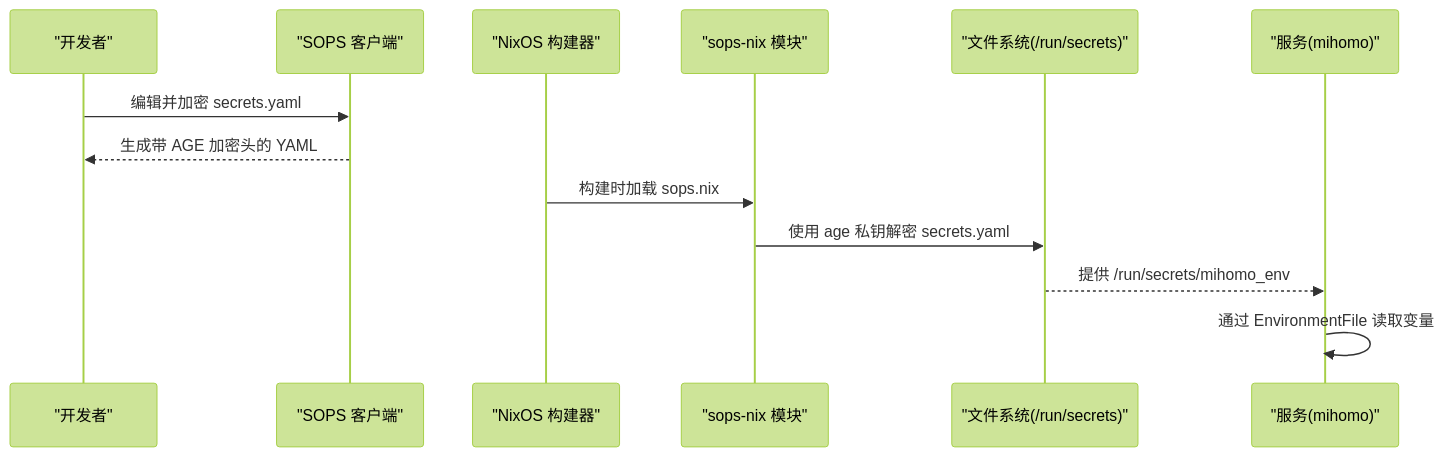
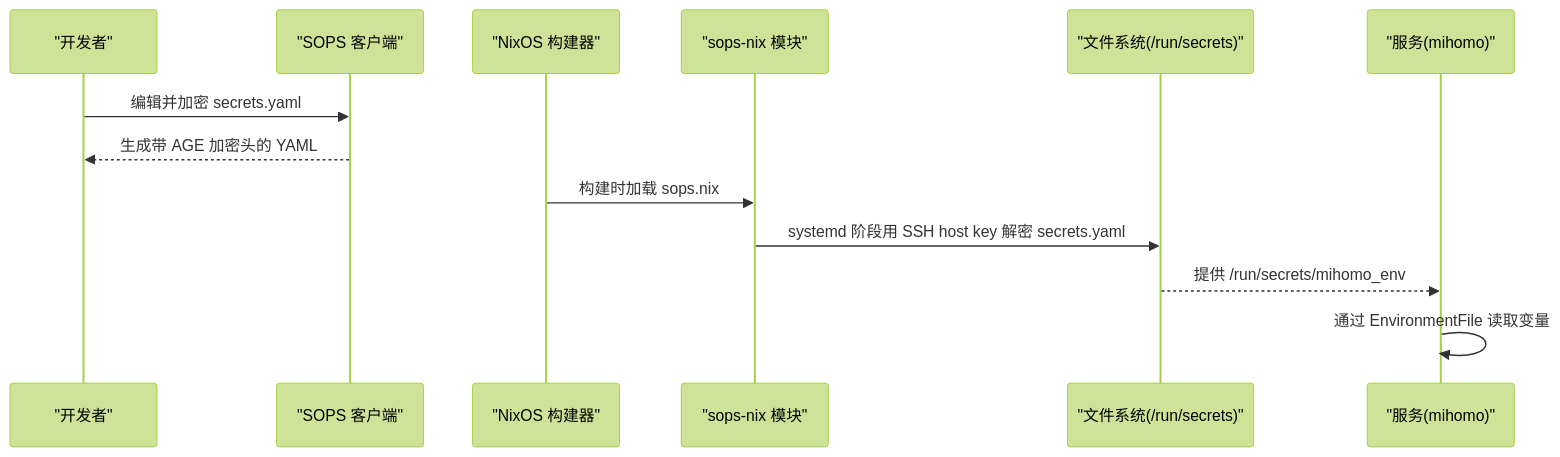
The second of 3 diagrams in wiki/security/sops.md (Shangshui0302/myNixOSConfig), drawn with Mermaid (forest theme) before and after one commit. The commit also changed other lines of this file and 16 other files, not shown here.

First line of the commit message:
fix(sops): switch decryption to SSH host key + useSystemdActivation

````diff
--- a/wiki/security/sops.md
+++ b/wiki/security/sops.md
@@ -42,15 +45,15 @@
 ```mermaid
 sequenceDiagram
 participant Dev as "开发者"
 participant SOPS as "SOPS 客户端"
 participant Nix as "NixOS 构建器"
 participant SNix as "sops-nix 模块"
 participant FS as "文件系统(/run/secrets)"
 participant Svc as "服务(mihomo)"
 Dev->>SOPS : 编辑并加密 secrets.yaml
 SOPS-->>Dev : 生成带 AGE 加密头的 YAML
 Nix->>SNix : 构建时加载 sops.nix
-SNix->>FS : 使用 age 私钥解密 secrets.yaml
+SNix->>FS : systemd 阶段用 SSH host key 解密 secrets.yaml
 FS-->>Svc : 提供 /run/secrets/mihomo_env
 Svc->>Svc : 通过 EnvironmentFile 读取变量
 ```
````
